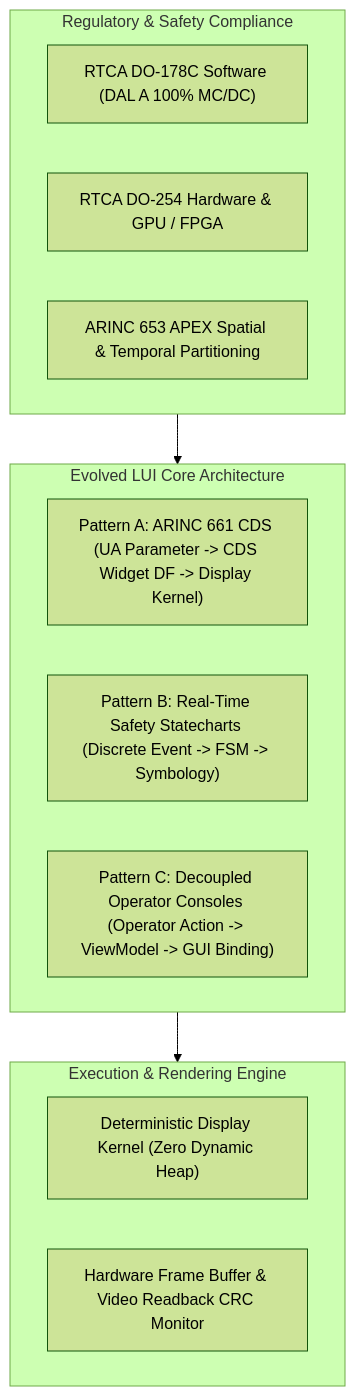
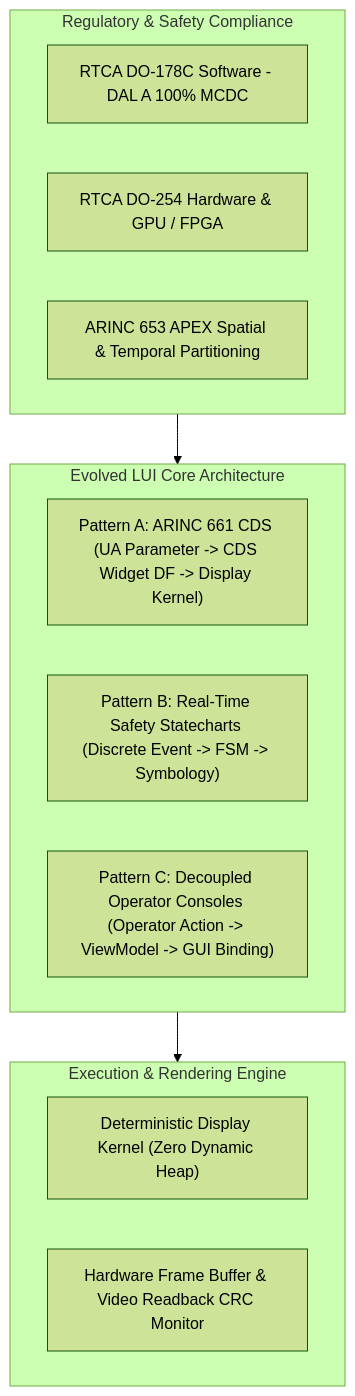
The first of 6 diagrams in docs/architecture/blueprints/SAFETY_CRITICAL_REALTIME_UI_FRAMEWORK.md (gintatkinson/DEAP-spec-core), drawn with Mermaid (forest theme) before and after one commit. The commit also changed other lines of this file and 3 other files, not shown here.

````diff
--- a/docs/architecture/blueprints/SAFETY_CRITICAL_REALTIME_UI_FRAMEWORK.md
+++ b/docs/architecture/blueprints/SAFETY_CRITICAL_REALTIME_UI_FRAMEWORK.md
@@ -17,22 +17,22 @@
 ```mermaid
 flowchart TD
     subgraph Regulatory ["Regulatory & Safety Compliance"]
-        DO178C["RTCA DO-178C Software (DAL A 100% MC/DC)"]
+        DO178C["RTCA DO-178C Software - DAL A 100% MCDC"]
         DO254["RTCA DO-254 Hardware & GPU / FPGA"]
         A653["ARINC 653 APEX Spatial & Temporal Partitioning"]
     end
 
     subgraph Architecture ["Evolved LUI Core Architecture"]
         PatA["Pattern A: ARINC 661 CDS (UA Parameter -> CDS Widget DF -> Display Kernel)"]
         PatB["Pattern B: Real-Time Safety Statecharts (Discrete Event -> FSM -> Symbology)"]
         PatC["Pattern C: Decoupled Operator Consoles (Operator Action -> ViewModel -> GUI Binding)"]
     end
 
     subgraph Hardware ["Execution & Rendering Engine"]
         DisplayKernel["Deterministic Display Kernel (Zero Dynamic Heap)"]
         FrameBuffer["Hardware Frame Buffer & Video Readback CRC Monitor"]
     end
 
     Regulatory --> Architecture
     Architecture --> Hardware
 ```
````
